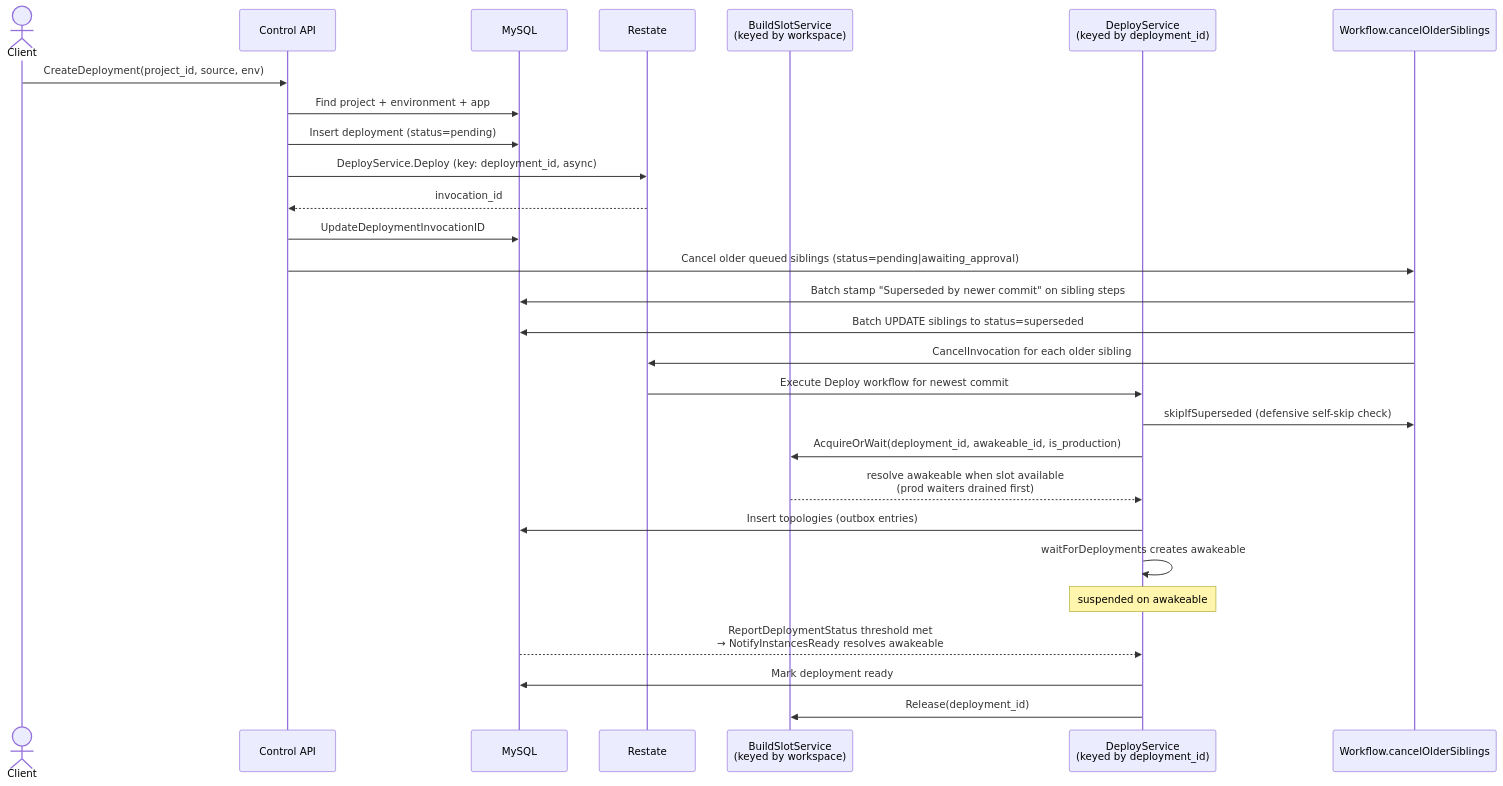
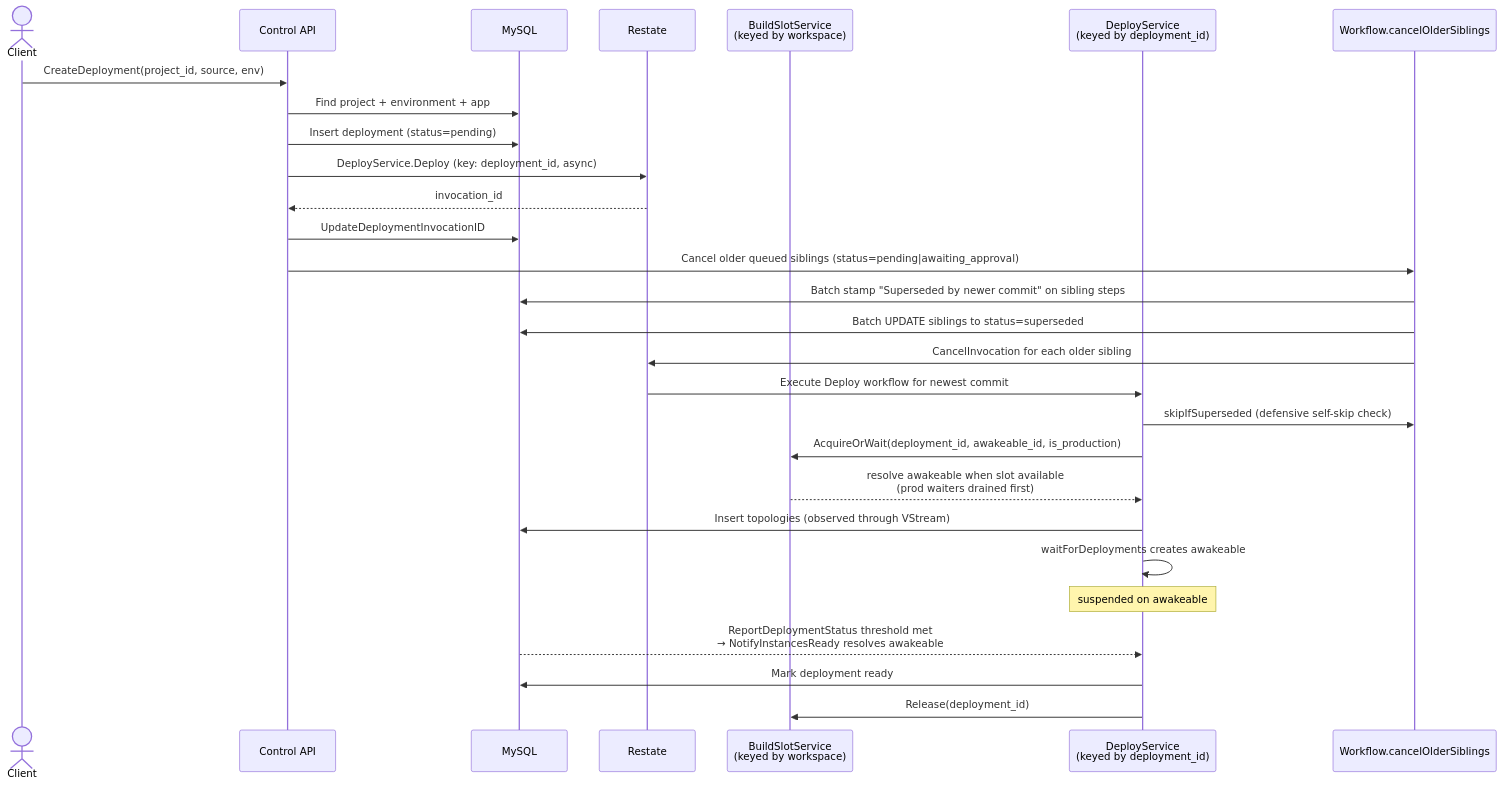
One commit to unkeyed/unkey changed the first of 4 diagrams in docs/engineering/architecture/services/control-plane/worker/workflows/deployments.mdx. Above: the diagram before and after it, drawn with Mermaid. The commit also changed 33 other files, not shown here.

````diff
--- a/docs/engineering/architecture/services/control-plane/worker/workflows/deployments.mdx
+++ b/docs/engineering/architecture/services/control-plane/worker/workflows/deployments.mdx
@@ -30,31 +30,31 @@
 ```mermaid
 sequenceDiagram
   actor Client
   participant CtrlAPI as Control API
   participant DB as MySQL
   participant Restate as Restate
   participant BuildSlot as BuildSlotService<br/>(keyed by workspace)
   participant Worker as DeployService<br/>(keyed by deployment_id)
   participant Dedup as Workflow.cancelOlderSiblings
 
   Client->>CtrlAPI: CreateDeployment(project_id, source, env)
   CtrlAPI->>DB: Find project + environment + app
   CtrlAPI->>DB: Insert deployment (status=pending)
   CtrlAPI->>Restate: DeployService.Deploy (key: deployment_id, async)
   Restate-->>CtrlAPI: invocation_id
   CtrlAPI->>DB: UpdateDeploymentInvocationID
   CtrlAPI->>Dedup: Cancel older queued siblings (status=pending|awaiting_approval)
   Dedup->>DB: Batch stamp "Superseded by newer commit" on sibling steps
   Dedup->>DB: Batch UPDATE siblings to status=superseded
   Dedup->>Restate: CancelInvocation for each older sibling
   Restate->>Worker: Execute Deploy workflow for newest commit
   Worker->>Dedup: skipIfSuperseded (defensive self-skip check)
   Worker->>BuildSlot: AcquireOrWait(deployment_id, awakeable_id, is_production)
   BuildSlot-->>Worker: resolve awakeable when slot available<br/>(prod waiters drained first)
-  Worker->>DB: Insert topologies (outbox entries)
+  Worker->>DB: Insert topologies (observed through VStream)
   Worker->>Worker: waitForDeployments creates awakeable
   Note over Worker: suspended on awakeable
   DB-->>Worker: ReportDeploymentStatus threshold met<br/>→ NotifyInstancesReady resolves awakeable
   Worker->>DB: Mark deployment ready
   Worker->>BuildSlot: Release(deployment_id)
 ```
````
